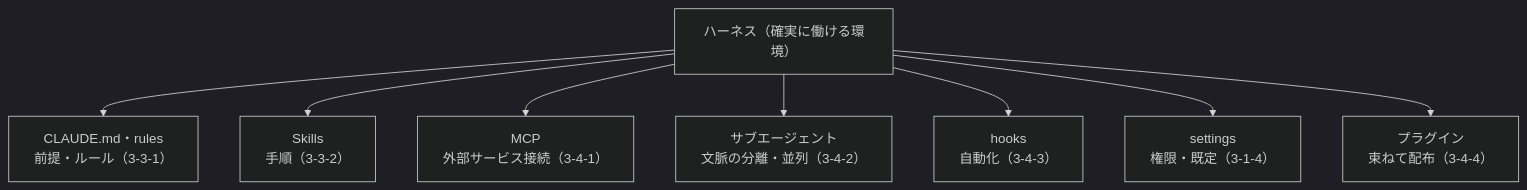
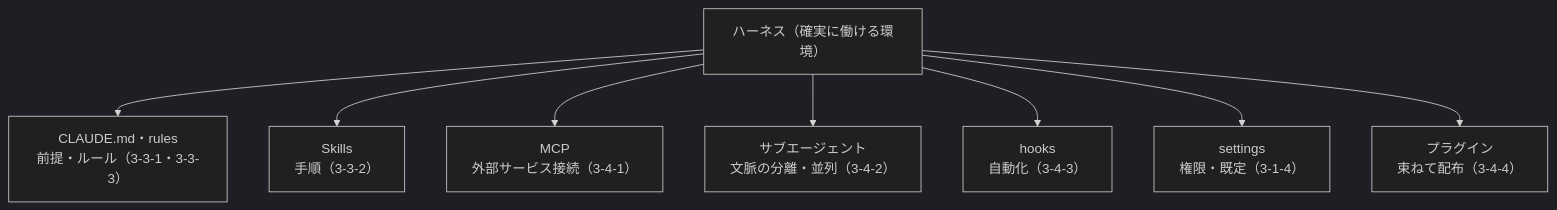
The second of 2 diagrams in curriculums/part-04_Claude-Code-応用/chapter-01_ハーネスと仕組み化/4-1-1_プロンプト・コンテキスト・ハーネスの3階層.md (coachtech-material/pj_X), drawn with Mermaid (dark theme) before and after one commit. The commit also changed 66 other files, not shown here.

````diff
--- a/curriculums/part-04_Claude-Code-応用/chapter-01_ハーネスと仕組み化/4-1-1_プロンプト・コンテキスト・ハーネスの3階層.md
+++ b/curriculums/part-04_Claude-Code-応用/chapter-01_ハーネスと仕組み化/4-1-1_プロンプト・コンテキスト・ハーネスの3階層.md
@@ -75,11 +75,11 @@
 ```mermaid
 flowchart TB
     H["ハーネス（確実に働ける環境）"]
-    H --> CM["CLAUDE.md・rules<br>前提・ルール（3-3-1）"]
+    H --> CM["CLAUDE.md・rules<br>前提・ルール（3-3-1・3-3-3）"]
     H --> SK["Skills<br>手順（3-3-2）"]
     H --> MC["MCP<br>外部サービス接続（3-4-1）"]
     H --> SA["サブエージェント<br>文脈の分離・並列（3-4-2）"]
     H --> HK["hooks<br>自動化（3-4-3）"]
     H --> ST["settings<br>権限・既定（3-1-4）"]
     H --> PL["プラグイン<br>束ねて配布（3-4-4）"]
 ```
````
